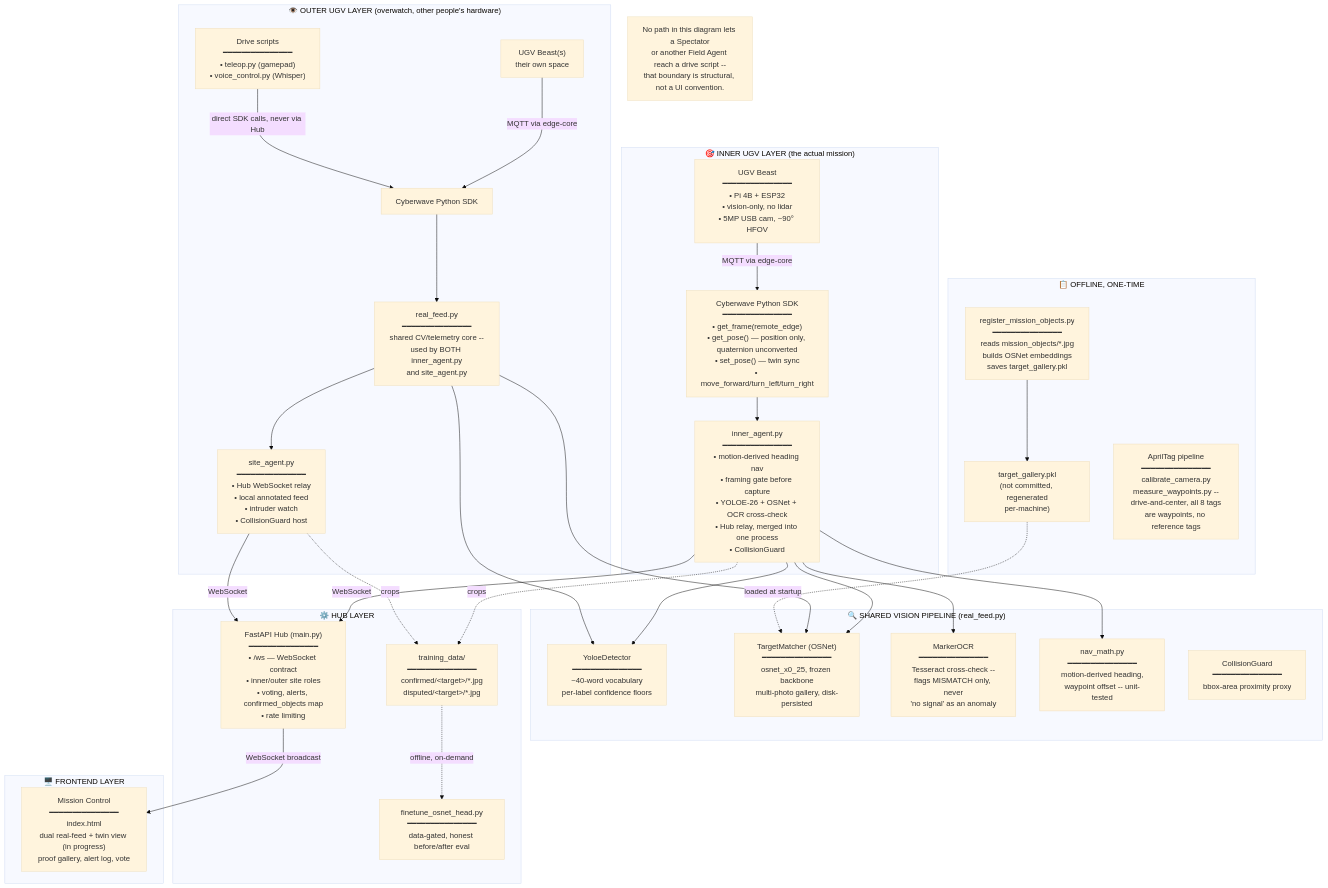
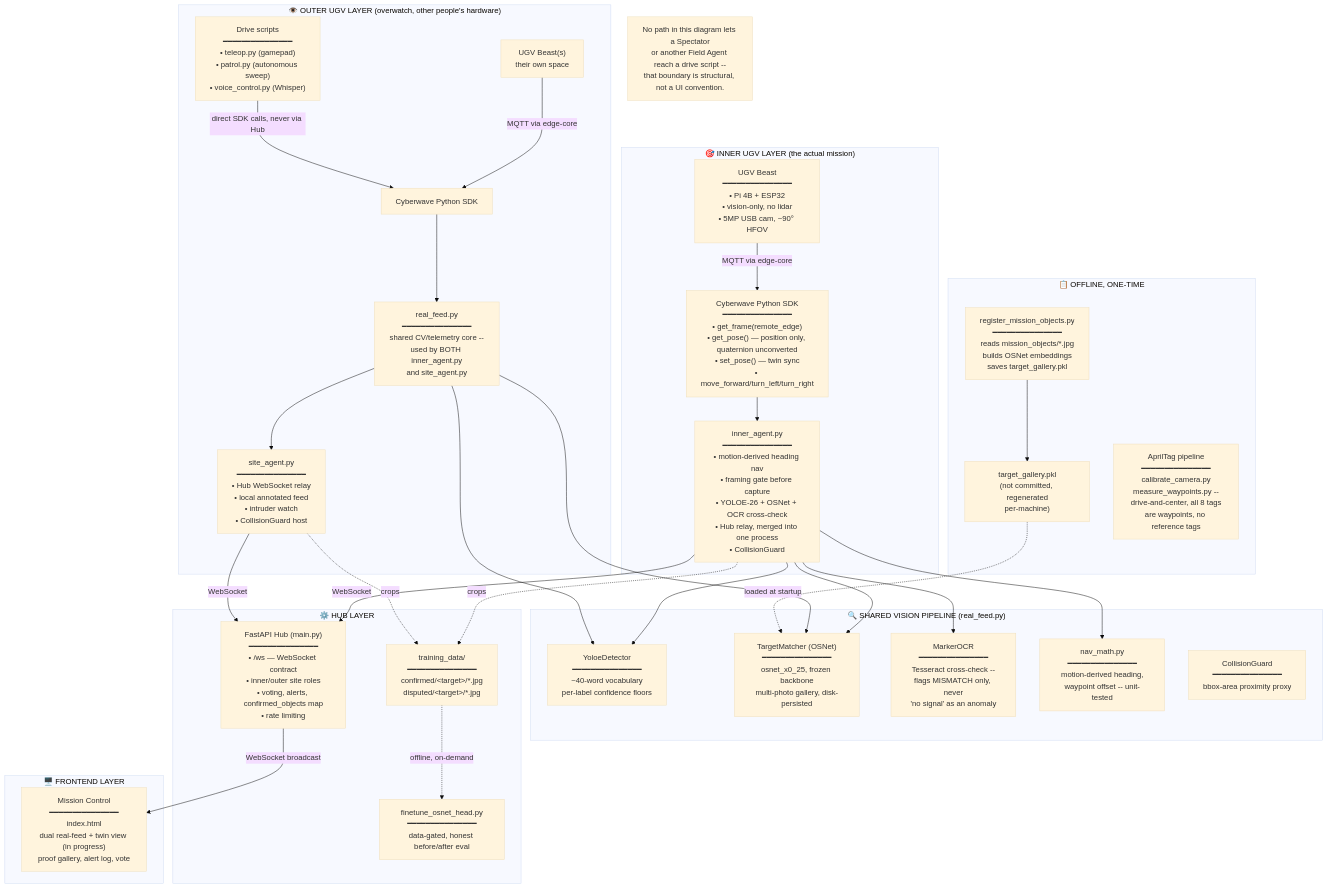
The first of 4 diagrams in ARCHITECTURE.md (ashish-doing/Quarry), drawn with Mermaid (base theme) before and after one commit. The commit also changed other lines of this file and 5 other files, not shown here.

Commit message:
Fix requirements.txt/.gitignore gaps, teleop.py dead SDK call, CI test coverage, patrol.py doc omissions

````diff
--- a/ARCHITECTURE.md
+++ b/ARCHITECTURE.md
@@ -25,62 +25,62 @@
 ```mermaid
 flowchart TD
     subgraph INNER["🎯 INNER UGV LAYER (the actual mission)"]
         IUGV["UGV Beast\n━━━━━━━━━━━━━━━\n• Pi 4B + ESP32\n• vision-only, no lidar\n• 5MP USB cam, ~90° HFOV"]
         ISDK["Cyberwave Python SDK\n━━━━━━━━━━━━━━━\n• get_frame(remote_edge)\n• get_pose() — position only, quaternion unconverted\n• set_pose() — twin sync\n• move_forward/turn_left/turn_right"]
         IA["inner_agent.py\n━━━━━━━━━━━━━━━\n• motion-derived heading nav\n• framing gate before capture\n• YOLOE-26 + OSNet + OCR cross-check\n• Hub relay, merged into one process\n• CollisionGuard"]
         IUGV -->|MQTT via edge-core| ISDK
         ISDK --> IA
     end
 
     subgraph OUTER["👁️ OUTER UGV LAYER (overwatch, other people's hardware)"]
         OUGV["UGV Beast(s)\n their own space"]
         OSDK["Cyberwave Python SDK"]
         RF["real_feed.py\n━━━━━━━━━━━━━━━\nshared CV/telemetry core --\nused by BOTH inner_agent.py\nand site_agent.py"]
         SA["site_agent.py\n━━━━━━━━━━━━━━━\n• Hub WebSocket relay\n• local annotated feed\n• intruder watch\n• CollisionGuard host"]
-        CTRL["Drive scripts\n━━━━━━━━━━━━━━━\n• teleop.py (gamepad)\n• voice_control.py (Whisper)"]
+        CTRL["Drive scripts\n━━━━━━━━━━━━━━━\n• teleop.py (gamepad)\n• patrol.py (autonomous sweep)\n• voice_control.py (Whisper)"]
         OUGV -->|MQTT via edge-core| OSDK
         OSDK --> RF
         RF --> SA
         CTRL -->|direct SDK calls, never via Hub| OSDK
     end
 
     subgraph VISION["🔍 SHARED VISION PIPELINE (real_feed.py)"]
         DET["YoloeDetector\n━━━━━━━━━━━━━━━\n~40-word vocabulary\nper-label confidence floors"]
         REID["TargetMatcher (OSNet)\n━━━━━━━━━━━━━━━\nosnet_x0_25, frozen backbone\nmulti-photo gallery, disk-persisted"]
         OCR["MarkerOCR\n━━━━━━━━━━━━━━━\nTesseract cross-check --\nflags MISMATCH only, never\n'no signal' as an anomaly"]
         NAV["nav_math.py\n━━━━━━━━━━━━━━━\nmotion-derived heading,\nwaypoint offset -- unit-tested"]
         GUARD["CollisionGuard\n━━━━━━━━━━━━━━━\nbbox-area proximity proxy"]
         IA --> DET
         IA --> REID
         IA --> OCR
         IA --> NAV
         RF --> DET
         RF --> REID
     end
 
     subgraph REGISTRATION["📋 OFFLINE, ONE-TIME"]
         REG["register_mission_objects.py\n━━━━━━━━━━━━━━━\nreads mission_objects/*.jpg\nbuilds OSNet embeddings\nsaves target_gallery.pkl"]
         GAL["target_gallery.pkl\n(not committed, regenerated\nper-machine)"]
         APRIL["AprilTag pipeline\n━━━━━━━━━━━━━━━\ncalibrate_camera.py\nmeasure_waypoints.py --\ndrive-and-center, all 8 tags\nare waypoints, no reference tags"]
         REG --> GAL
         GAL -.->|loaded at startup| REID
     end
 
     subgraph HUB["⚙️ HUB LAYER"]
         MAIN["FastAPI Hub (main.py)\n━━━━━━━━━━━━━━━\n• /ws — WebSocket contract\n• inner/outer site roles\n• voting, alerts, confirmed_objects map\n• rate limiting"]
         FLYWHEEL["training_data/\n━━━━━━━━━━━━━━━\nconfirmed/&lt;target&gt;/*.jpg\ndisputed/&lt;target&gt;/*.jpg"]
         FT["finetune_osnet_head.py\n━━━━━━━━━━━━━━━\ndata-gated, honest before/after eval"]
         IA -->|WebSocket| MAIN
         SA -->|WebSocket| MAIN
         IA -.->|crops| FLYWHEEL
         SA -.->|crops| FLYWHEEL
         FLYWHEEL -.->|offline, on-demand| FT
     end
 
     subgraph FRONTEND["🖥️ FRONTEND LAYER"]
         HUD["Mission Control\n━━━━━━━━━━━━━━━\nindex.html\ndual real-feed + twin view (in progress)\nproof gallery, alert log, vote"]
         MAIN -->|WebSocket broadcast| HUD
     end
 
     NOTE["No path in this diagram lets a Spectator\nor another Field Agent reach a drive script --\nthat boundary is structural, not a UI convention."]
 ```
````
